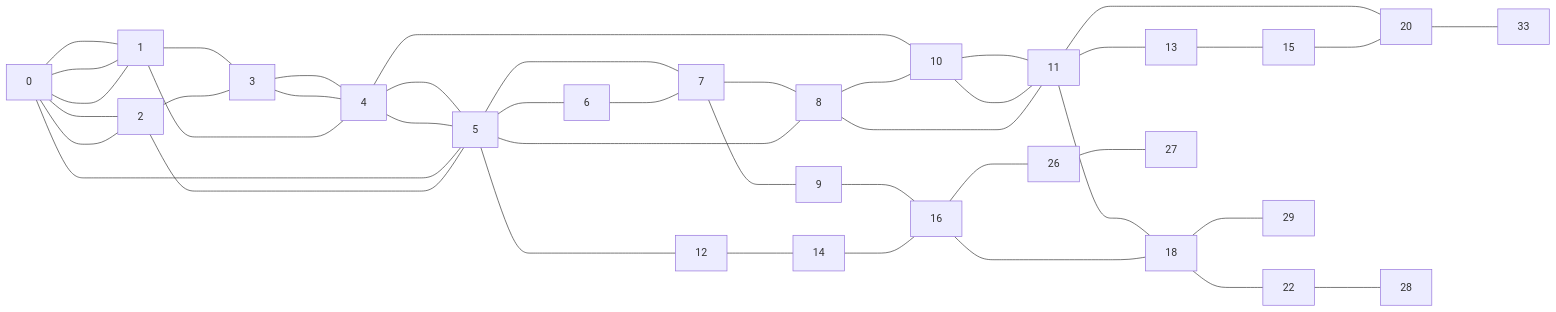
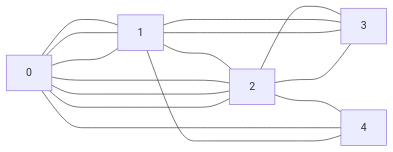
Before and after one commit to eliasmarcon/shortest_path_faster: the diagram in README.md, drawn with Mermaid. The commit also changed other lines of this file and 8 other files, not shown here.

````diff
--- a/README.md
+++ b/README.md
@@ -75,8 +77,8 @@
 ```mermaid
 graph LR
-0----1----3----4----10----11----18----22----28 
-0----2----3----4----5----7----9----16----18----29 
-1----4----5----6----7----8----10----11----20 
-1----0----5----8----11----13----15----20----33 
-1----0----2----5----12----14----16----26----27 
+0----1----2----3 
+1----0----2----4 
+2----0----1----3 
+3----2----0----4 
+4----1----3 
 ```
````
